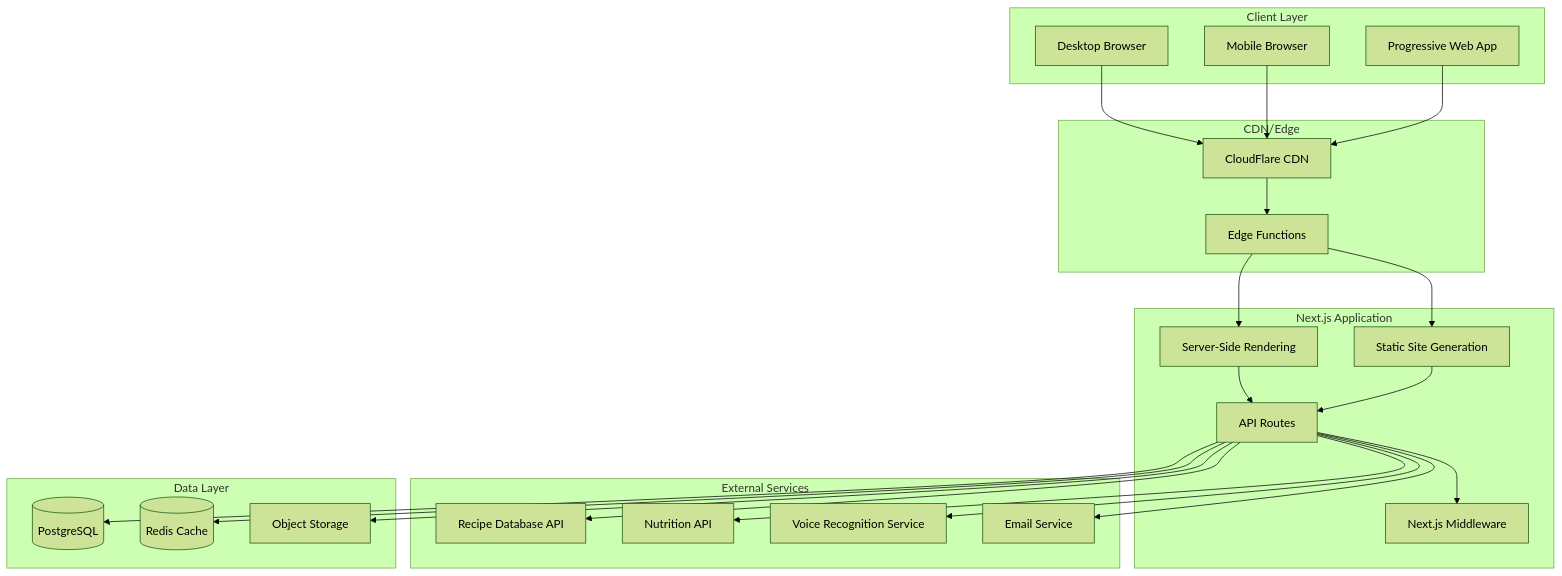
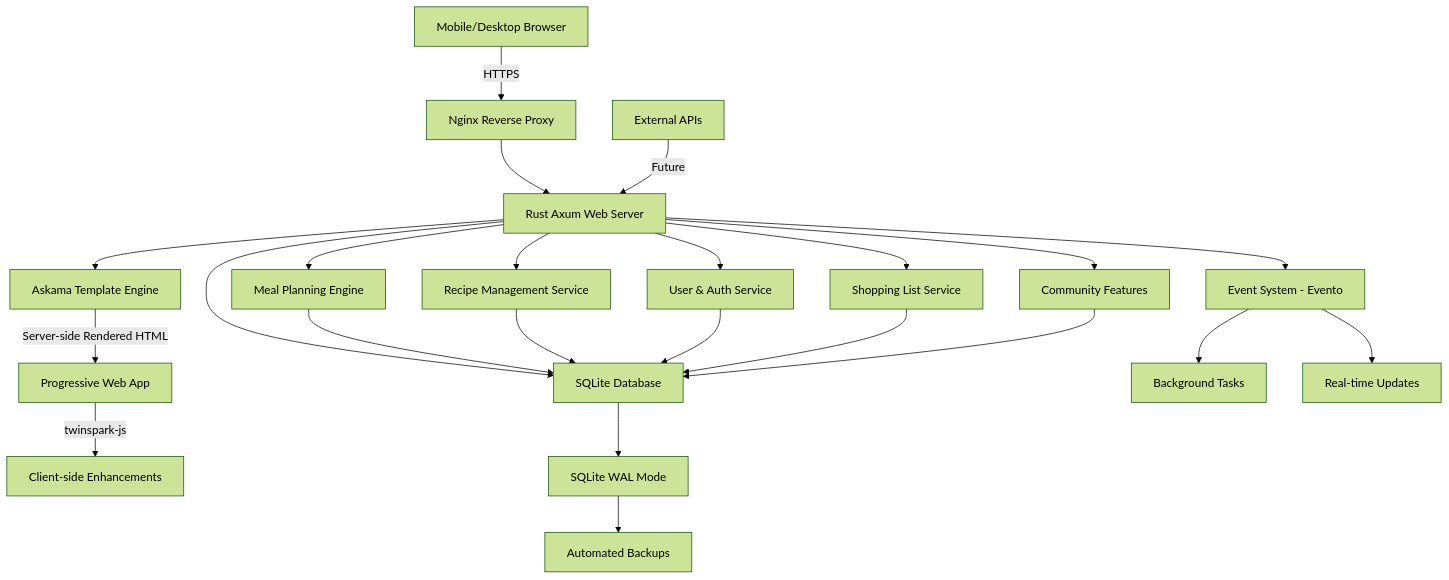
One commit to timayz/imkitchen changed the diagram in docs/architecture/high-level-architecture.md. Above: the diagram before and after it, drawn with Mermaid (forest theme). The commit also changed other lines of this file and 262 other files, not shown here.

````diff
--- a/docs/architecture/high-level-architecture.md
+++ b/docs/architecture/high-level-architecture.md
@@ -28,54 +27,31 @@
 ```mermaid
-graph TB
-    subgraph "Client Layer"
-        PWA[Progressive Web App]
-        Mobile[Mobile Browser]
-        Desktop[Desktop Browser]
-    end
-
-    subgraph "CDN/Edge"
-        CF[CloudFlare CDN]
-        Edge[Edge Functions]
-    end
-
-    subgraph "Next.js Application"
-        SSG[Static Site Generation]
-        SSR[Server-Side Rendering]
-        API[API Routes]
-        Middleware[Next.js Middleware]
-    end
-
-    subgraph "External Services"
-        RecipeAPI[Recipe Database API]
-        NutritionAPI[Nutrition API]
-        VoiceAPI[Voice Recognition Service]
-        EmailSVC[Email Service]
-    end
-
-    subgraph "Data Layer"
-        PG[(PostgreSQL)]
-        Redis[(Redis Cache)]
-        S3[Object Storage]
-    end
-
-    PWA --> CF
-    Mobile --> CF
-    Desktop --> CF
-
-    CF --> Edge
-    Edge --> SSG
-    Edge --> SSR
-
-    SSG --> API
-    SSR --> API
-    API --> Middleware
-
-    API --> RecipeAPI
-    API --> NutritionAPI
-    API --> VoiceAPI
-    API --> EmailSVC
-
-    API --> PG
-    API --> Redis
-    API --> S3
+graph TD
+    A[Mobile/Desktop Browser] -->|HTTPS| B[Nginx Reverse Proxy]
+    B --> C[Rust Axum Web Server]
+    C --> D[Askama Template Engine]
+    C --> E[SQLite Database]
+    C --> F[Event System - Evento]
+    
+    D -->|Server-side Rendered HTML| G[Progressive Web App]
+    G -->|twinspark-js| H[Client-side Enhancements]
+    
+    C --> I[Meal Planning Engine]
+    C --> J[Recipe Management Service]
+    C --> K[User & Auth Service]
+    C --> L[Shopping List Service]
+    C --> M[Community Features]
+    
+    I --> E
+    J --> E
+    K --> E
+    L --> E
+    M --> E
+    
+    F --> N[Background Tasks]
+    F --> O[Real-time Updates]
+    
+    P[External APIs] -->|Future| C
+    
+    E --> Q[SQLite WAL Mode]
+    Q --> R[Automated Backups]
 ```
````
